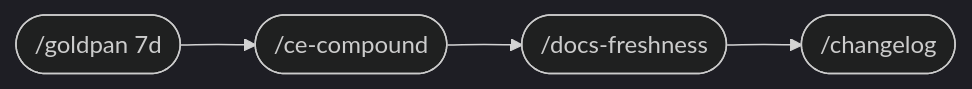
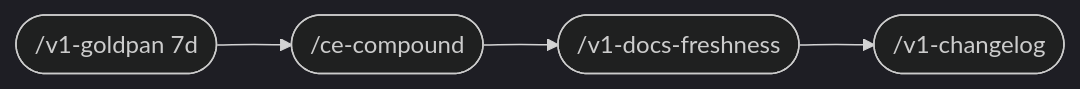
Before and after one commit to v1-io/v1tamins: the fifth of 6 diagrams in README.md, drawn with Mermaid (dark theme). The commit also changed other lines of this file and 105 other files, not shown here.

````diff
--- a/README.md
+++ b/README.md
@@ -219,9 +219,9 @@
 ```mermaid
 flowchart LR
-  A([/goldpan 7d]) --> B([/ce-compound])
-  B --> C([/docs-freshness])
-  C --> D([/changelog])
-  click A href "./.agents/skills/goldpan/SKILL.md"
-  click C href "./.agents/skills/docs-freshness/SKILL.md"
-  click D href "./.agents/skills/changelog/SKILL.md"
+  A([/v1-goldpan 7d]) --> B([/ce-compound])
+  B --> C([/v1-docs-freshness])
+  C --> D([/v1-changelog])
+  click A href "./plugins/v1tamins/skills/v1-goldpan/SKILL.md"
+  click C href "./plugins/v1tamins/skills/v1-docs-freshness/SKILL.md"
+  click D href "./plugins/v1tamins/skills/v1-changelog/SKILL.md"
 ```
````
